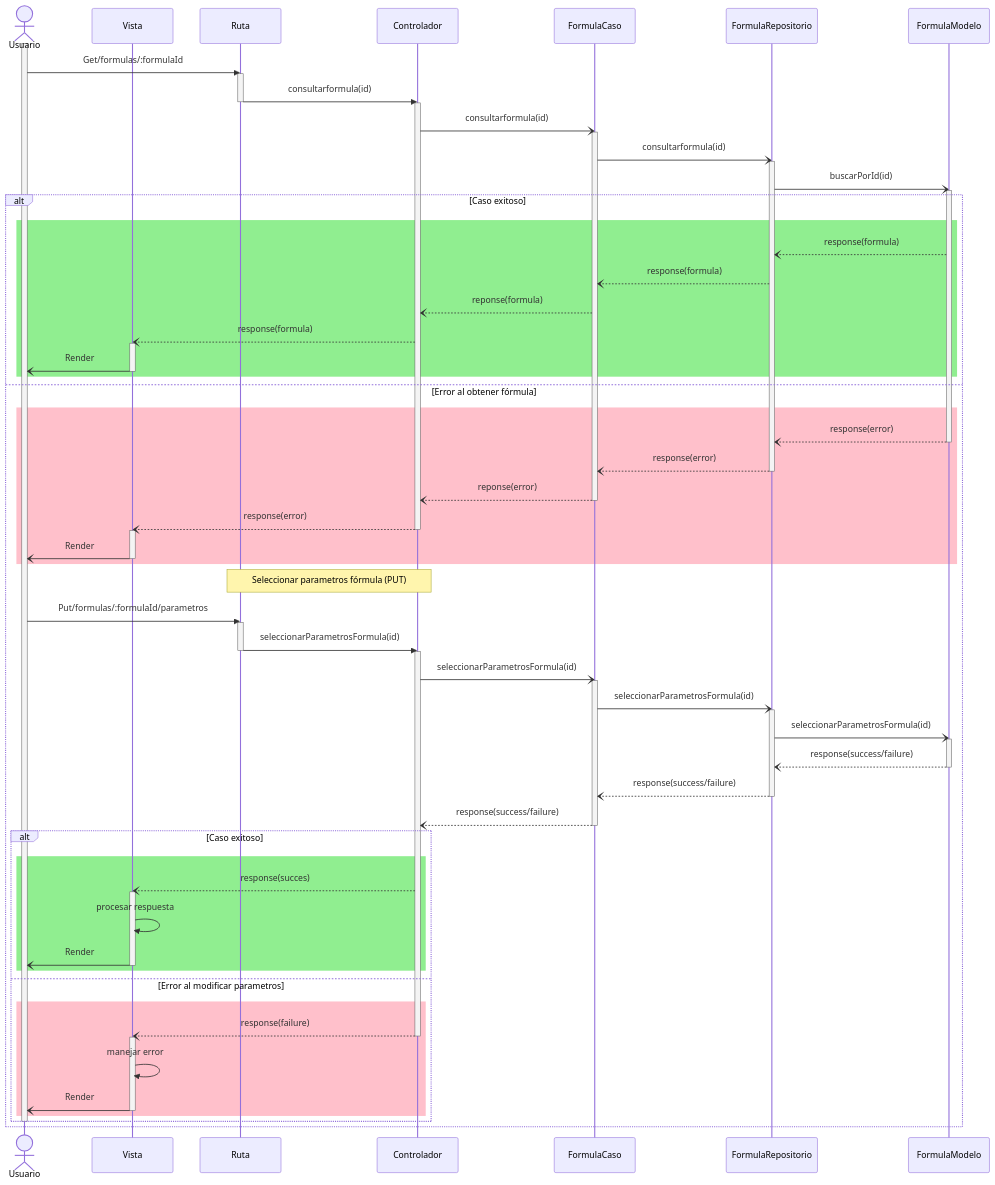
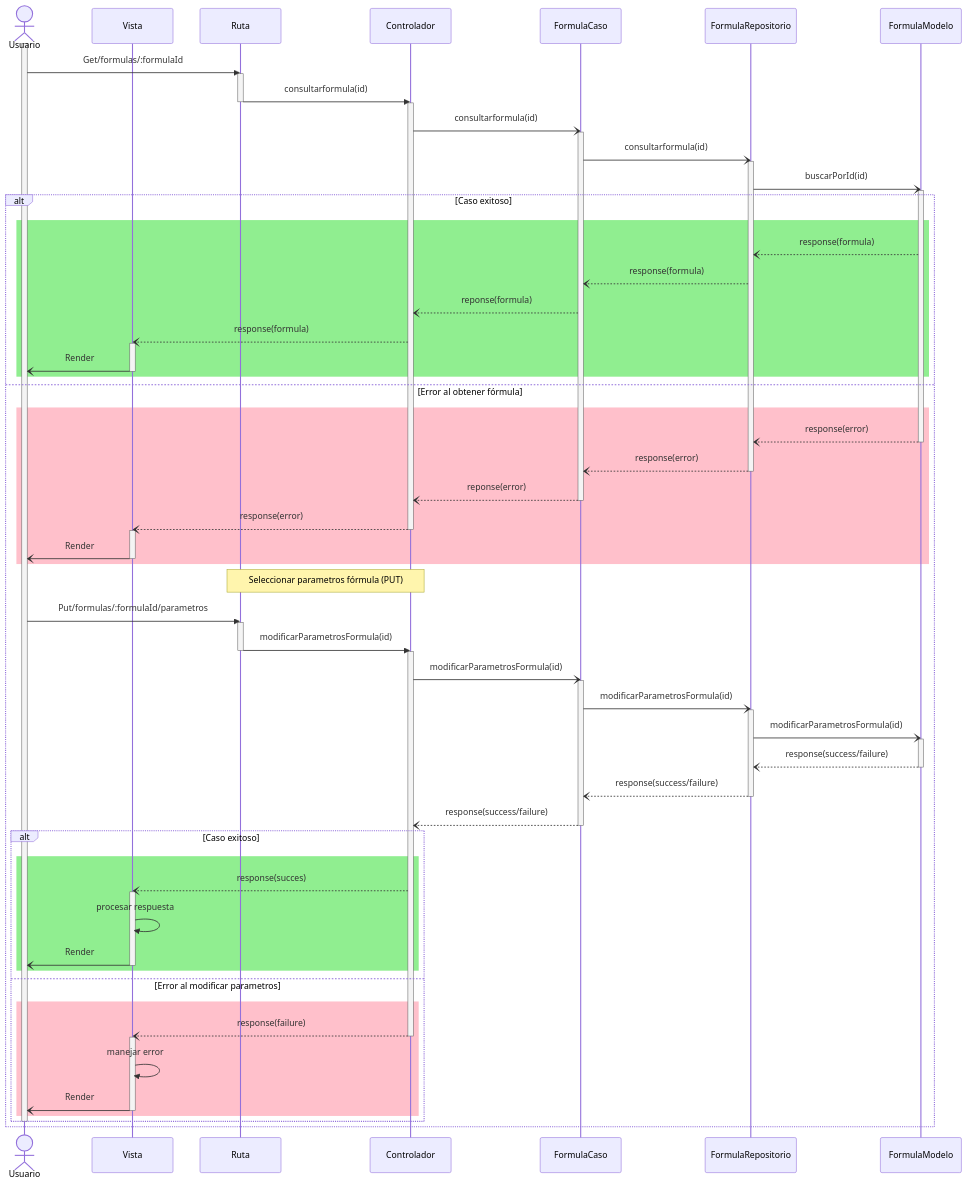
One commit to CodeAnd-Co/Documentacion changed the diagram in documentation/docs/proyectos/tractores/documentacion/requisitos/RF72.md. Above: the diagram before and after it, drawn with Mermaid.

Commit message:
Cambiar nombre de funcion

```diff
--- a/documentation/docs/proyectos/tractores/documentacion/requisitos/RF72.md
+++ b/documentation/docs/proyectos/tractores/documentacion/requisitos/RF72.md
@@ -76,14 +76,14 @@
     note over route, controller: Seleccionar parametros fórmula (PUT)
     Usuario->>route: Put/formulas/:formulaId/parametros
     activate route
-    route->>controller: seleccionarParametrosFormula(id)
+    route->>controller: modificarParametrosFormula(id)
     deactivate route
     activate controller
-    controller-)usecase: seleccionarParametrosFormula(id)
+    controller-)usecase: modificarParametrosFormula(id)
     activate usecase
-    usecase-)repository: seleccionarParametrosFormula(id)
+    usecase-)repository: modificarParametrosFormula(id)
     activate repository
-    repository-)model: seleccionarParametrosFormula(id)
+    repository-)model: modificarParametrosFormula(id)
     activate model
     model--)repository: response(success/failure)
     deactivate model
```
